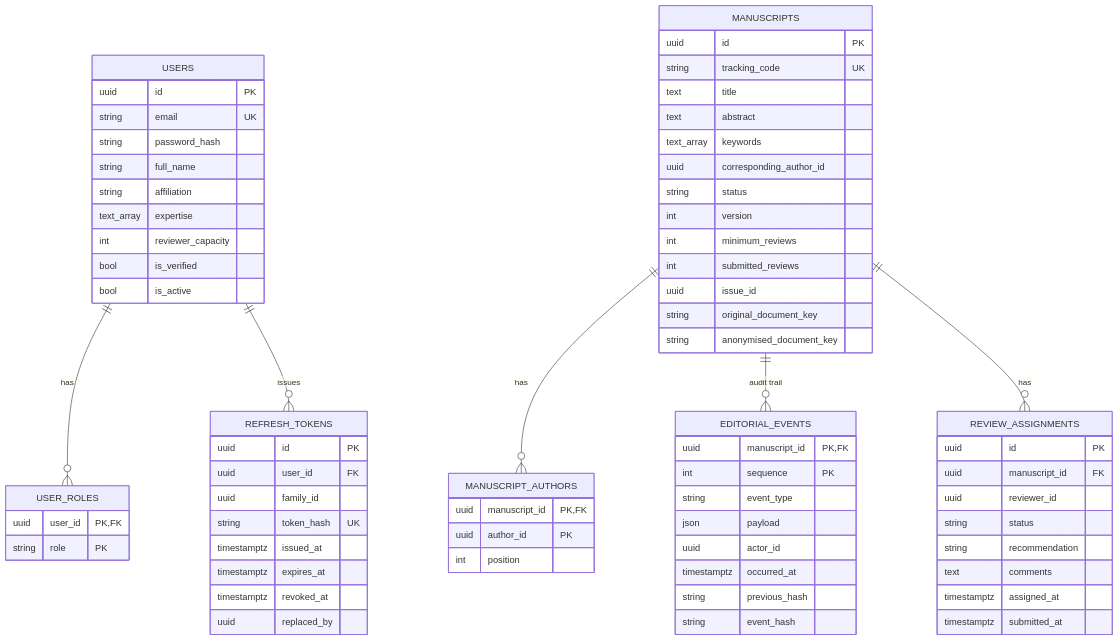
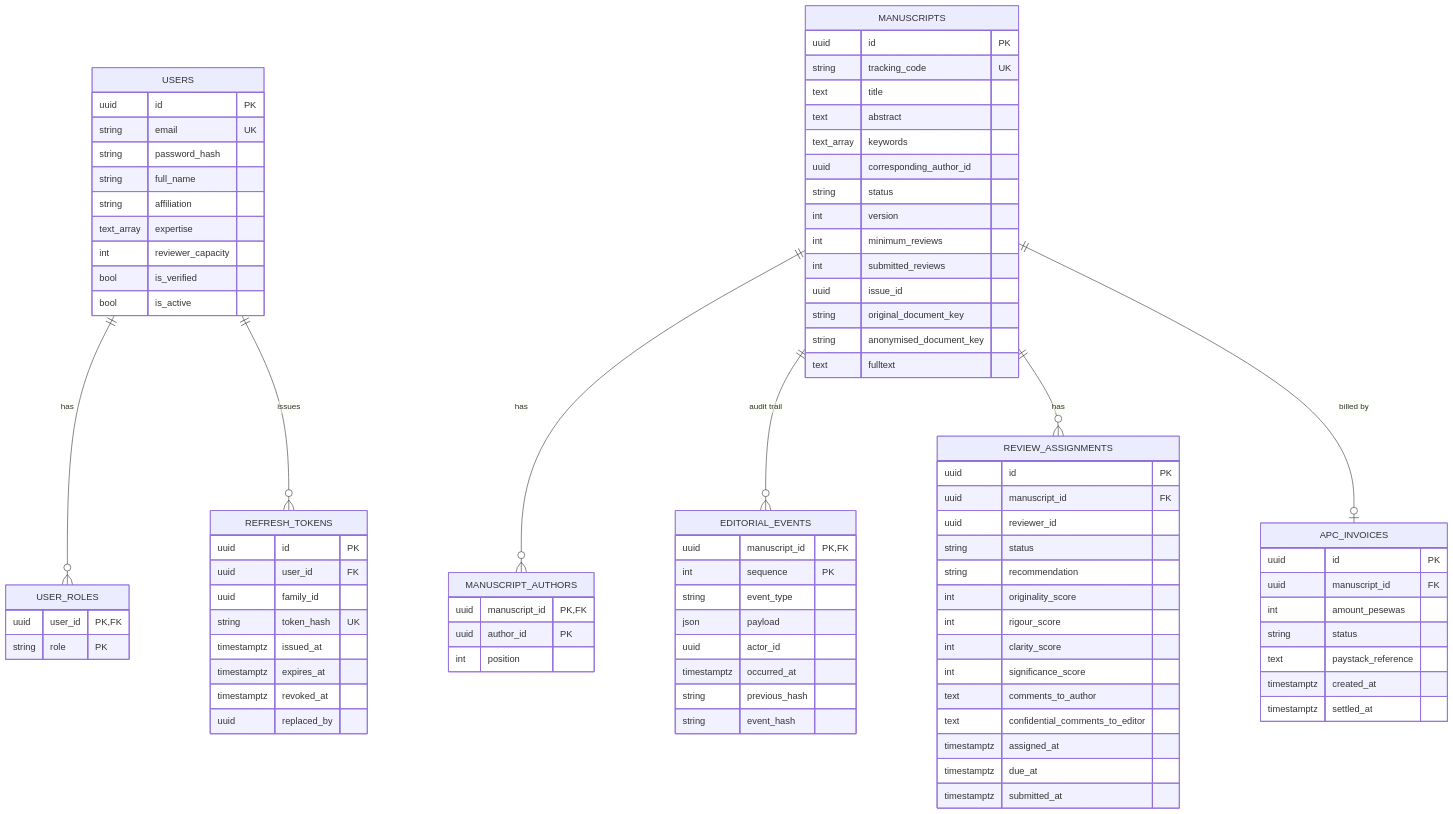
One commit to rogerkorantenng/ugjcs changed the second of 5 diagrams in docs/01-project-documentation.md. Above: the diagram before and after it, drawn with Mermaid. The commit also changed other lines of this file and 33 other files, not shown here.

```diff
--- a/docs/01-project-documentation.md
+++ b/docs/01-project-documentation.md
@@ -464,6 +468,7 @@
     MANUSCRIPTS ||--o{ MANUSCRIPT_AUTHORS : "has"
     MANUSCRIPTS ||--o{ EDITORIAL_EVENTS : "audit trail"
     MANUSCRIPTS ||--o{ REVIEW_ASSIGNMENTS : "has"
+    MANUSCRIPTS ||--o| APC_INVOICES : "billed by"
 
     USERS {
         uuid id PK
@@ -504,6 +509,7 @@
         uuid issue_id
         string original_document_key
         string anonymised_document_key
+        text fulltext
     }
     MANUSCRIPT_AUTHORS {
         uuid manuscript_id PK, FK
@@ -516,9 +522,24 @@
         uuid reviewer_id
         string status
         string recommendation
-        text comments
+        int originality_score
+        int rigour_score
+        int clarity_score
+        int significance_score
+        text comments_to_author
+        text confidential_comments_to_editor
         timestamptz assigned_at
+        timestamptz due_at
         timestamptz submitted_at
+    }
+    APC_INVOICES {
+        uuid id PK
+        uuid manuscript_id FK
+        int amount_pesewas
+        string status
+        text paystack_reference
+        timestamptz created_at
+        timestamptz settled_at
     }
     EDITORIAL_EVENTS {
         uuid manuscript_id PK, FK
```
